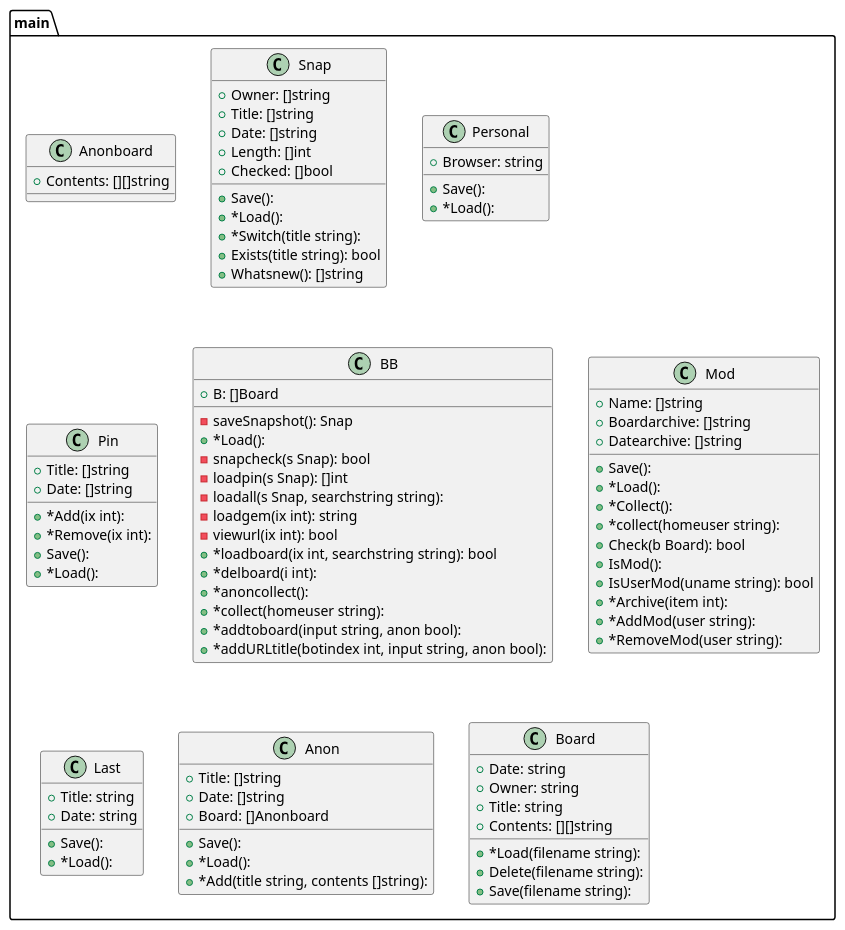
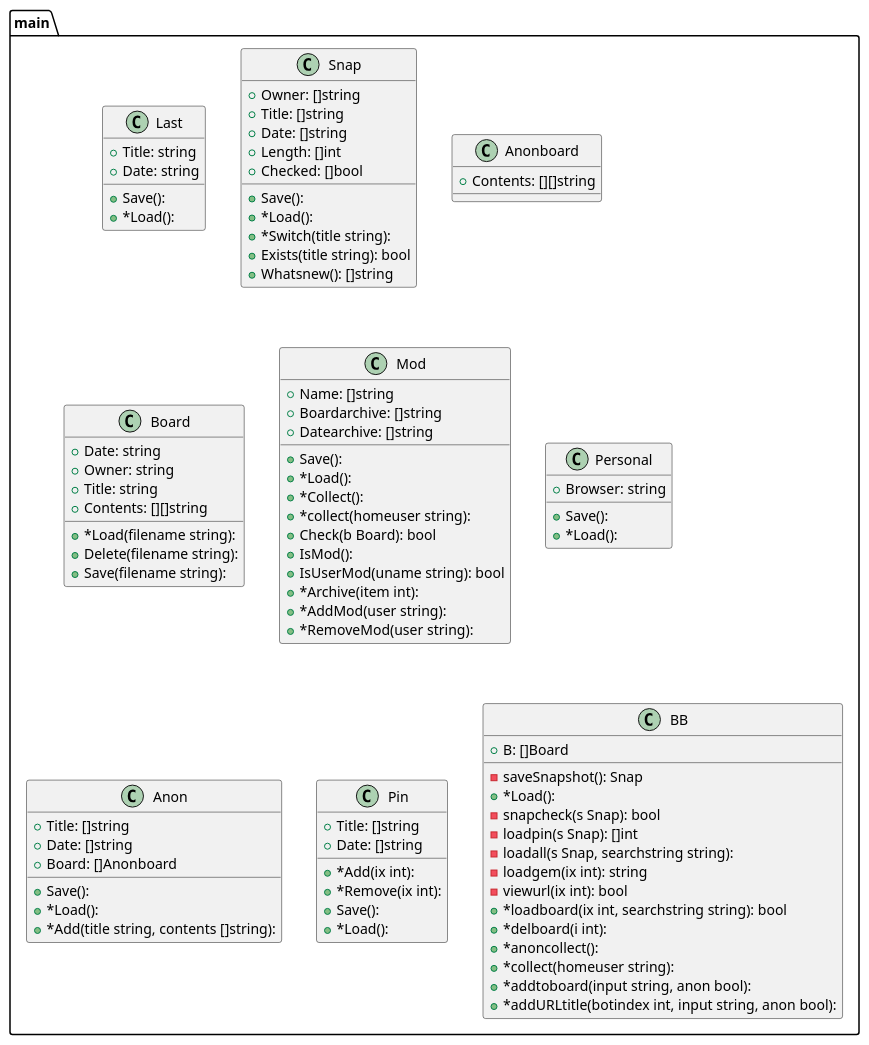
Before and after one commit to tbal999/bb: the diagram in graph.puml, drawn with PlantUML. The commit also changed other lines of this file and 1 other file, not shown here.

```diff
--- a/graph.puml
+++ b/graph.puml
@@ -1,104 +1,104 @@
 @startuml
 package ...main{
-class Anonboard {
-+Contents: [][]string
-
+class Last {
++Title: string
++Date: string
++Save(): 
++*Load(): 
 }
 }
 package ...main{
 class Snap {
 +Owner: []string
 +Title: []string
 +Date: []string
 +Length: []int
 +Checked: []bool
 +Save(): 
 +*Load(): 
 +*Switch(title string): 
 +Exists(title string): bool
 +Whatsnew(): []string
 }
 }
 package ...main{
+class Anonboard {
++Contents: [][]string
+
+}
+}
+package ...main{
+class Board {
++Date: string
++Owner: string
++Title: string
++Contents: [][]string
++*Load(filename string): 
++Delete(filename string): 
++Save(filename string): 
+}
+}
+package ...main{
+class Mod {
++Name: []string
++Boardarchive: []string
++Datearchive: []string
++Save(): 
++*Load(): 
++*Collect(): 
++*collect(homeuser string): 
++Check(b Board): bool
++IsMod(): 
++IsUserMod(uname string): bool
++*Archive(item int): 
++*AddMod(user string): 
++*RemoveMod(user string): 
+}
+}
+package ...main{
 class Personal {
 +Browser: string
 +Save(): 
 +*Load(): 
+}
+}
+package ...main{
+class Anon {
++Title: []string
++Date: []string
++Board: []Anonboard
++Save(): 
++*Load(): 
++*Add(title string, contents []string): 
 }
 }
 package ...main{
 class Pin {
 +Title: []string
 +Date: []string
 +*Add(ix int): 
 +*Remove(ix int): 
 +Save(): 
 +*Load(): 
 }
 }
 package ...main{
 class BB {
 +B: []Board
 -saveSnapshot(): Snap
 +*Load(): 
 -snapcheck(s Snap): bool
 -loadpin(s Snap): []int
 -loadall(s Snap, searchstring string): 
 -loadgem(ix int): string
 -viewurl(ix int): bool
 +*loadboard(ix int, searchstring string): bool
 +*delboard(i int): 
 +*anoncollect(): 
 +*collect(homeuser string): 
 +*addtoboard(input string, anon bool): 
 +*addURLtitle(botindex int, input string, anon bool): 
 }
 }
-package ...main{
-class Mod {
-+Name: []string
-+Boardarchive: []string
-+Datearchive: []string
-+Save(): 
-+*Load(): 
-+*Collect(): 
-+*collect(homeuser string): 
-+Check(b Board): bool
-+IsMod(): 
-+IsUserMod(uname string): bool
-+*Archive(item int): 
-+*AddMod(user string): 
-+*RemoveMod(user string): 
-}
-}
-package ...main{
-class Last {
-+Title: string
-+Date: string
-+Save(): 
-+*Load(): 
-}
-}
-package ...main{
-class Anon {
-+Title: []string
-+Date: []string
-+Board: []Anonboard
-+Save(): 
-+*Load(): 
-+*Add(title string, contents []string): 
-}
-}
-package ...main{
-class Board {
-+Date: string
-+Owner: string
-+Title: string
-+Contents: [][]string
-+*Load(filename string): 
-+Delete(filename string): 
-+Save(filename string): 
-}
-}
 
 @enduml
```
